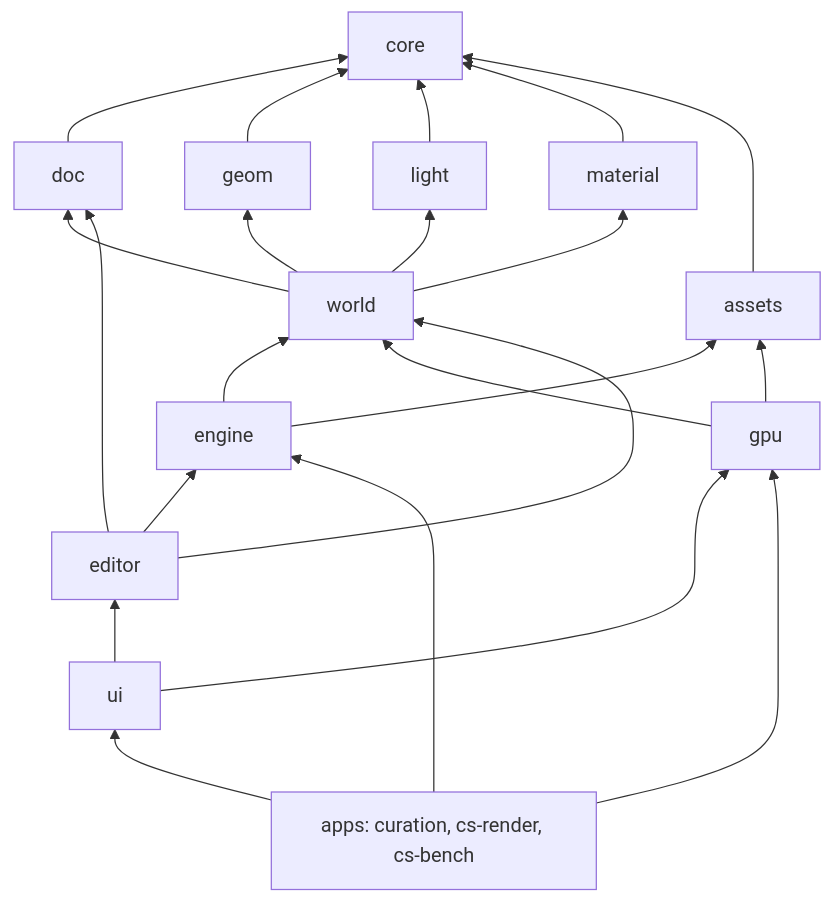
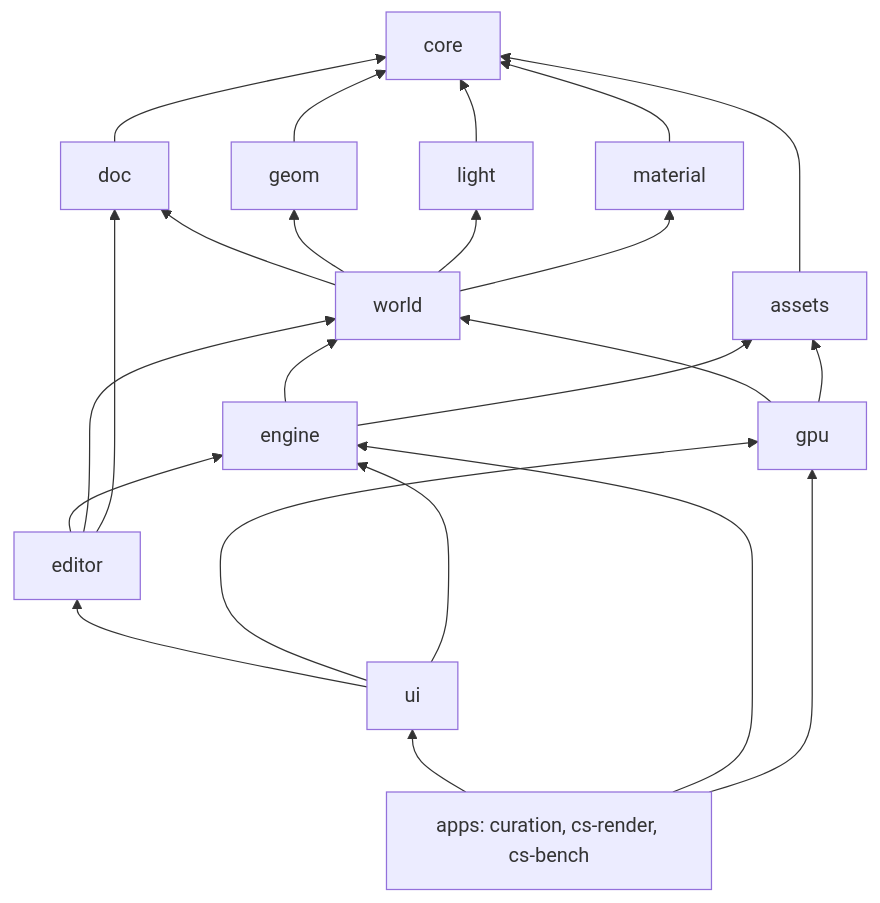
One commit to groundbeeflover/curation_sandbox changed the first of 2 diagrams in docs/product/blueprint.md. Above: the diagram before and after it, drawn with Mermaid. The commit also changed other lines of this file and 13 other files, not shown here.

````diff
--- a/docs/product/blueprint.md
+++ b/docs/product/blueprint.md
@@ -207,14 +207,14 @@
 ```mermaid
 graph BT
   doc --> core
   geom --> core
   light --> core
   material --> core
   assets --> core
   world --> doc & geom & light & material
   engine --> world & assets
   gpu --> world & assets
   editor --> engine & world & doc
-  ui --> editor & gpu
+  ui --> editor & gpu & engine
   apps["apps: curation, cs-render, cs-bench"] --> ui & engine & gpu
 ```
````
